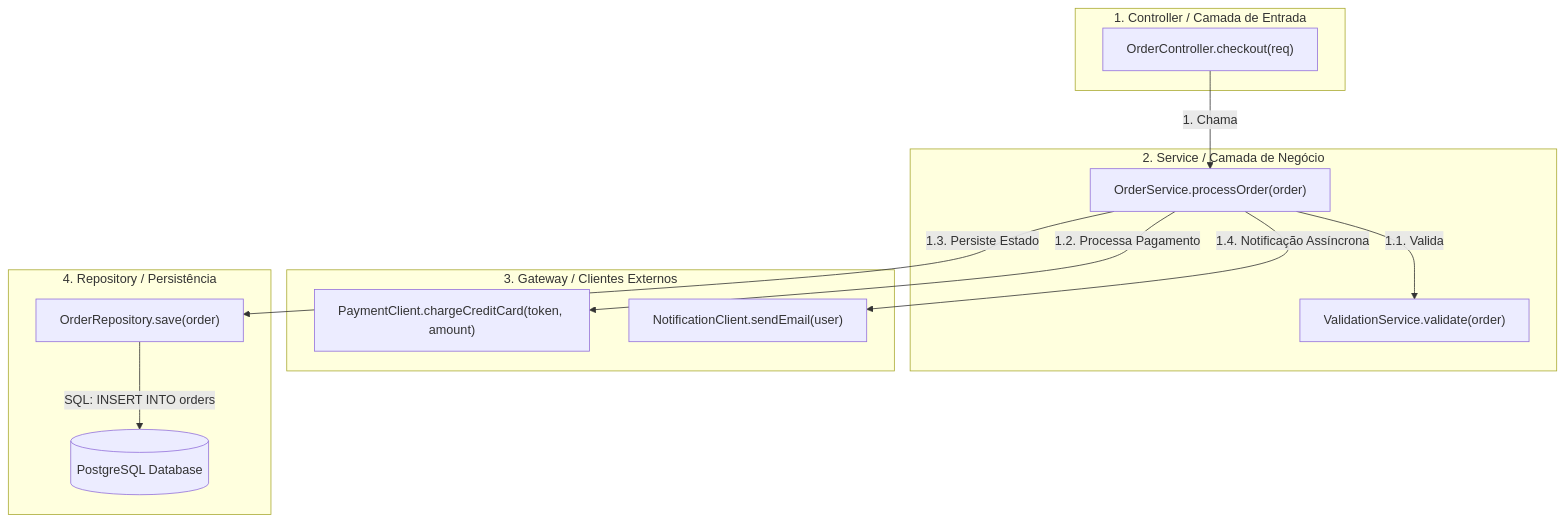
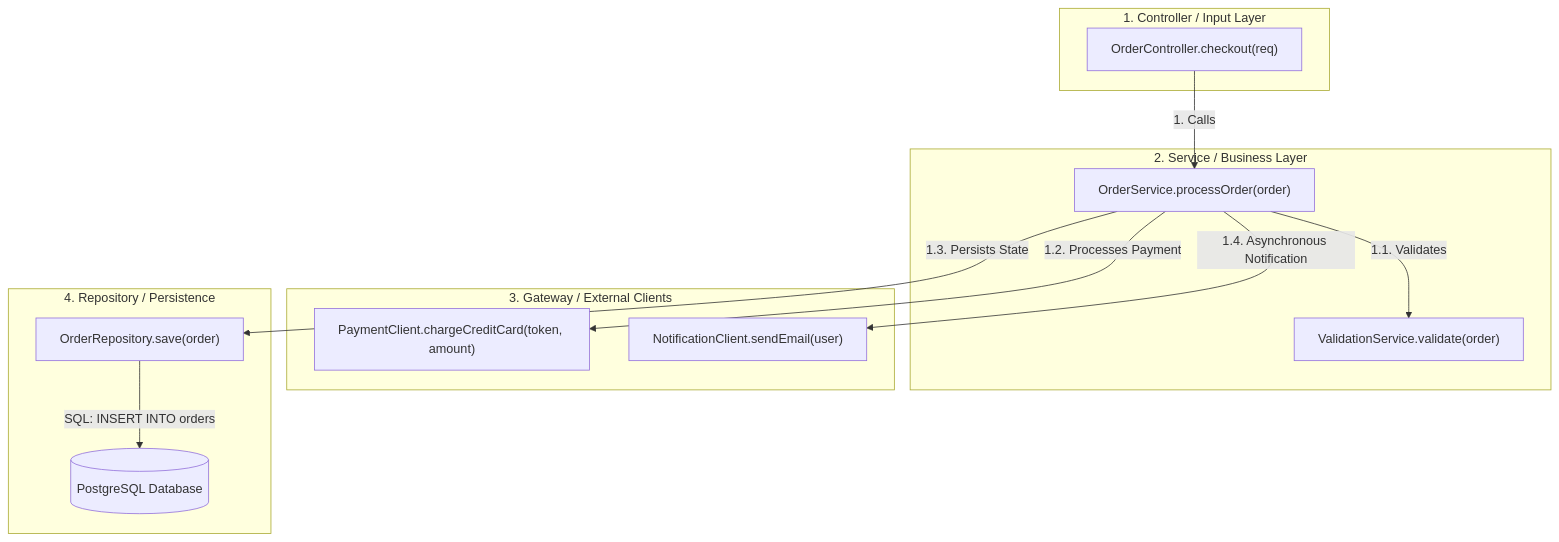
One commit to dandgabr/Coacus changed the diagram in knowledge/skills/mapping/execution-flow-callgraph/SKILL.md. Above: the diagram before and after it, drawn with Mermaid. The commit also changed other lines of this file and 143 other files, not shown here.

````diff
--- a/knowledge/skills/mapping/execution-flow-callgraph/SKILL.md
+++ b/knowledge/skills/mapping/execution-flow-callgraph/SKILL.md
@@ -18,28 +18,28 @@
 ```mermaid
 flowchart TD
-    subgraph Layer1["1. Controller / Camada de Entrada"]
+    subgraph Layer1["1. Controller / Input Layer"]
         CTRL["OrderController.checkout(req)"]
     end
 
-    subgraph Layer2["2. Service / Camada de Negócio"]
+    subgraph Layer2["2. Service / Business Layer"]
         SRV["OrderService.processOrder(order)"]
         VAL["ValidationService.validate(order)"]
     end
 
-    subgraph Layer3["3. Gateway / Clientes Externos"]
+    subgraph Layer3["3. Gateway / External Clients"]
         PAY_GW["PaymentClient.chargeCreditCard(token, amount)"]
         NOTIF["NotificationClient.sendEmail(user)"]
     end
 
-    subgraph Layer4["4. Repository / Persistência"]
+    subgraph Layer4["4. Repository / Persistence"]
         REPO["OrderRepository.save(order)"]
         DB[(PostgreSQL Database)]
     end
 
-    CTRL -->|"1. Chama"| SRV
-    SRV -->|"1.1. Valida"| VAL
-    SRV -->|"1.2. Processa Pagamento"| PAY_GW
-    SRV -->|"1.3. Persiste Estado"| REPO
+    CTRL -->|"1. Calls"| SRV
+    SRV -->|"1.1. Validates"| VAL
+    SRV -->|"1.2. Processes Payment"| PAY_GW
+    SRV -->|"1.3. Persists State"| REPO
     REPO -->|"SQL: INSERT INTO orders"| DB
-    SRV -->|"1.4. Notificação Assíncrona"| NOTIF
+    SRV -->|"1.4. Asynchronous Notification"| NOTIF
 ```
````
